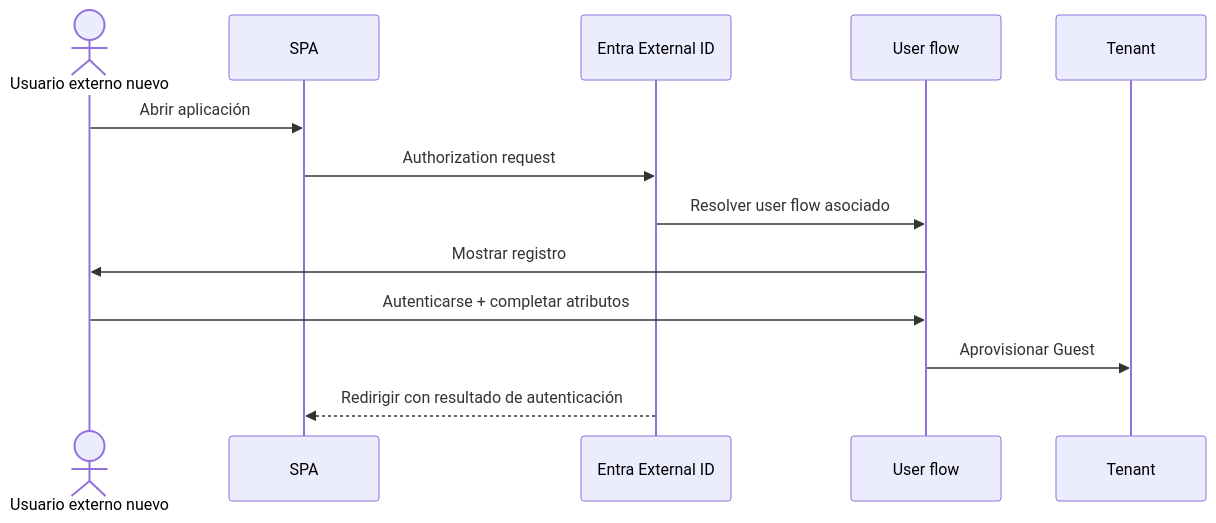
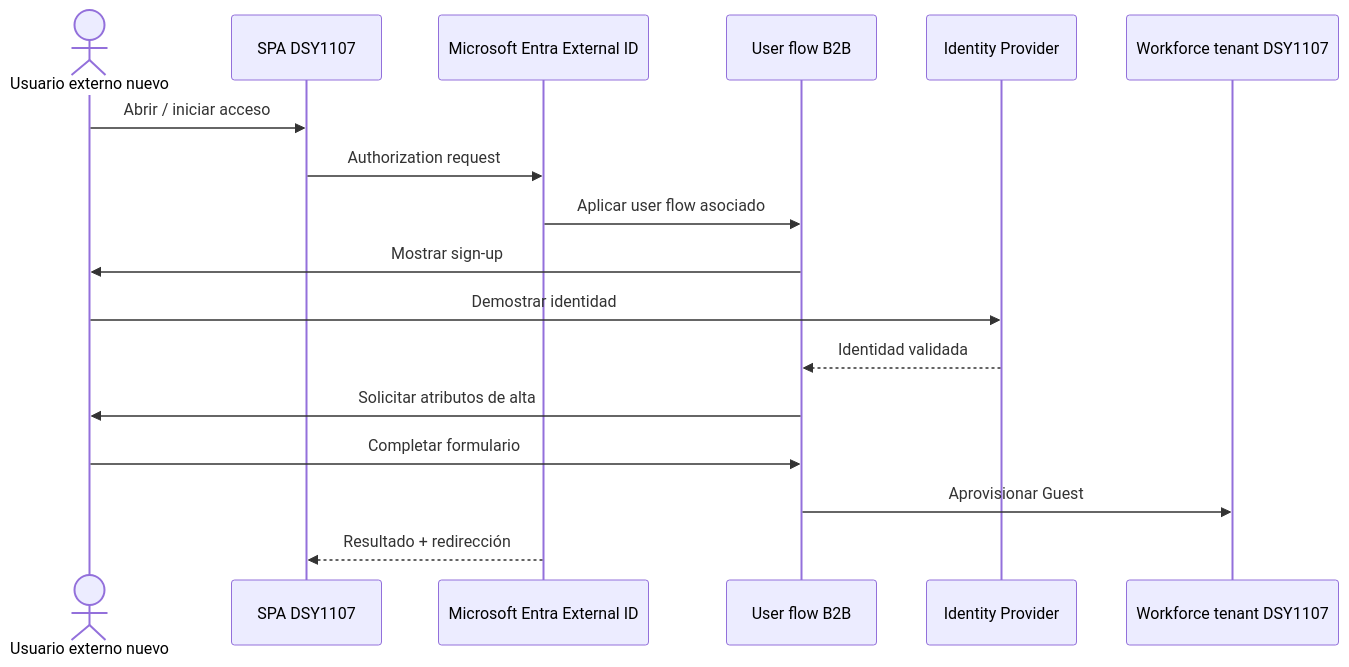
The third of 6 diagrams in docs/identity/entra-guia-completa/04d-self-service-asociar-aplicacion.md (cmartinezs/DSY1107-DESARROLLO-CLOUD-NATIVE-I-2026-2), drawn with Mermaid before and after one commit. The commit also changed other lines of this file, not shown here.

Commit message:
docs(identity): expand app association and first self-service registration

````diff
--- a/docs/identity/entra-guia-completa/04d-self-service-asociar-aplicacion.md
+++ b/docs/identity/entra-guia-completa/04d-self-service-asociar-aplicacion.md
@@ -38,16 +128,20 @@
 ```mermaid
 sequenceDiagram
     actor U as Usuario externo nuevo
-    participant SPA as SPA
-    participant E as Entra External ID
-    participant UF as User flow
-    participant T as Tenant
+    participant SPA as SPA DSY1107
+    participant E as Microsoft Entra External ID
+    participant UF as User flow B2B
+    participant IDP as Identity Provider
+    participant T as Workforce tenant DSY1107
 
-    U->>SPA: Abrir aplicación
+    U->>SPA: Abrir / iniciar acceso
     SPA->>E: Authorization request
-    E->>UF: Resolver user flow asociado
-    UF->>U: Mostrar registro
-    U->>UF: Autenticarse + completar atributos
+    E->>UF: Aplicar user flow asociado
+    UF->>U: Mostrar sign-up
+    U->>IDP: Demostrar identidad
+    IDP-->>UF: Identidad validada
+    UF->>U: Solicitar atributos de alta
+    U->>UF: Completar formulario
     UF->>T: Aprovisionar Guest
-    E-->>SPA: Redirigir con resultado de autenticación
+    E-->>SPA: Resultado + redirección
 ```
````
